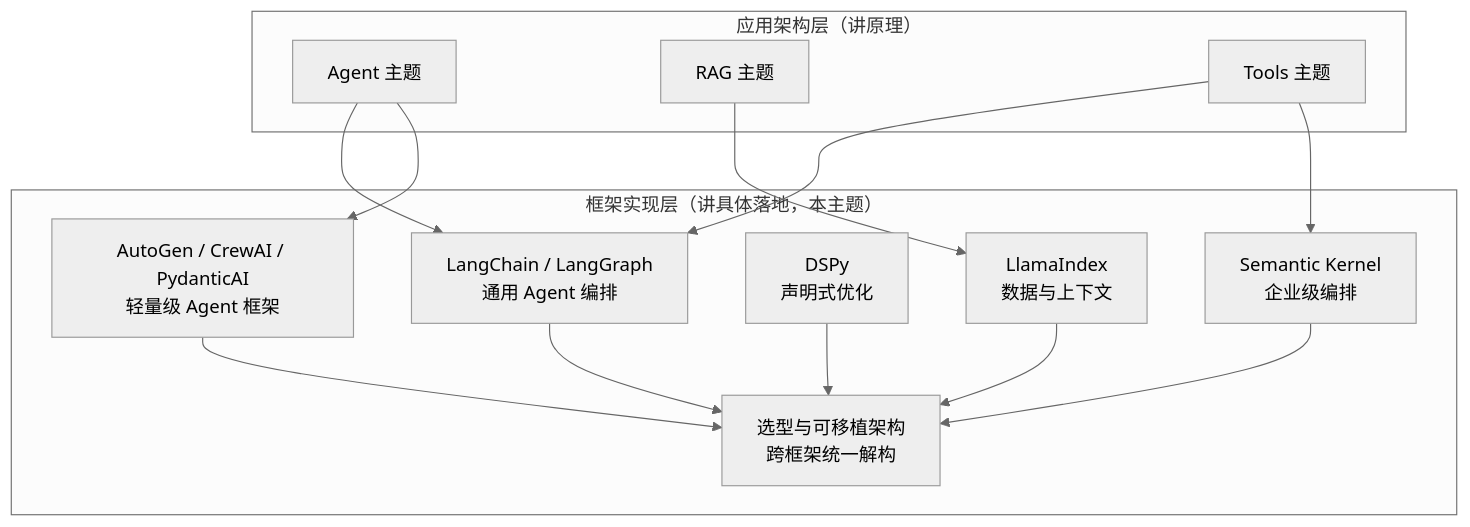
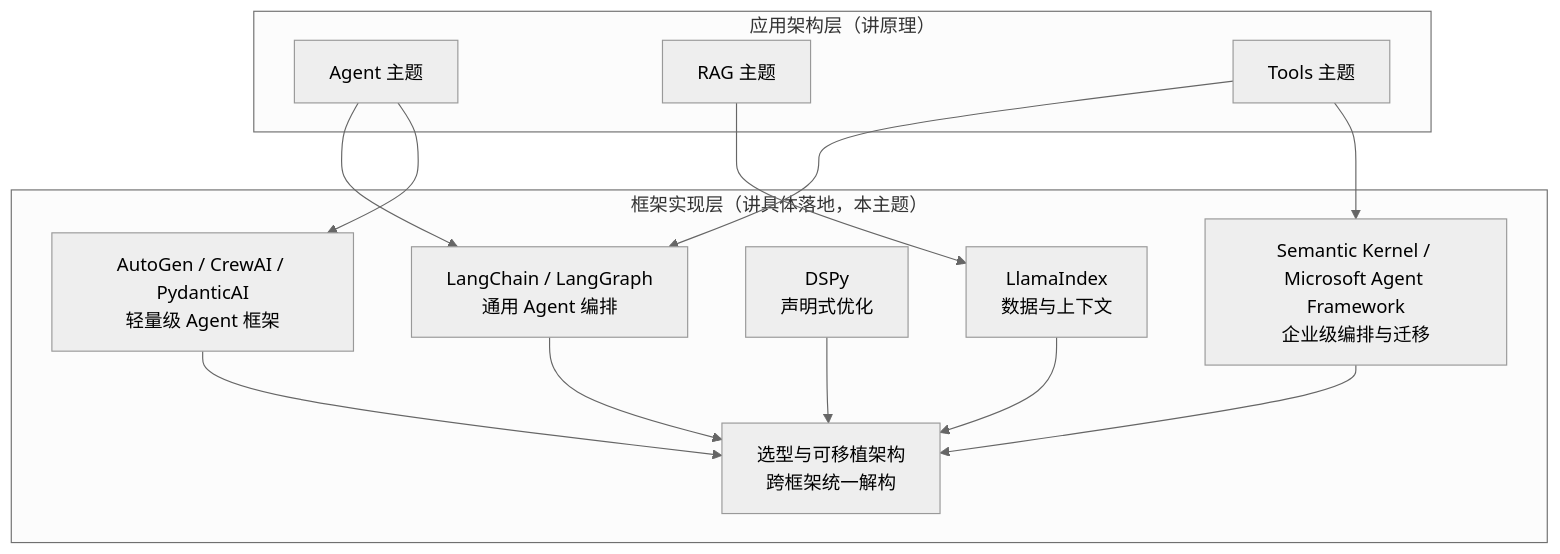
Before and after one commit to oneleaveknowsthefall/awesome-ai-roadmap: the diagram in docs/frameworks/README.md, drawn with Mermaid (neutral theme). The commit also changed other lines of this file and 61 other files, not shown here.

````diff
--- a/docs/frameworks/README.md
+++ b/docs/frameworks/README.md
@@ -18,26 +24,26 @@
 ```mermaid
 flowchart TB
     subgraph L3["应用架构层（讲原理）"]
         AGENT["Agent 主题"]
         RAG["RAG 主题"]
         TOOLS["Tools 主题"]
     end
     subgraph L4["框架实现层（讲具体落地，本主题）"]
         LC["LangChain / LangGraph<br/>通用 Agent 编排"]
         LI["LlamaIndex<br/>数据与上下文"]
         DS["DSPy<br/>声明式优化"]
-        SK["Semantic Kernel<br/>企业级编排"]
+            SK["Semantic Kernel / Microsoft Agent Framework<br/>企业级编排与迁移"]
         LW["AutoGen / CrewAI / PydanticAI<br/>轻量级 Agent 框架"]
         SEL["选型与可移植架构<br/>跨框架统一解构"]
     end
     AGENT --> LC
     AGENT --> LW
     RAG --> LI
     TOOLS --> LC
     TOOLS --> SK
     LC --> SEL
     LI --> SEL
     DS --> SEL
     SK --> SEL
     LW --> SEL
 ```
````
